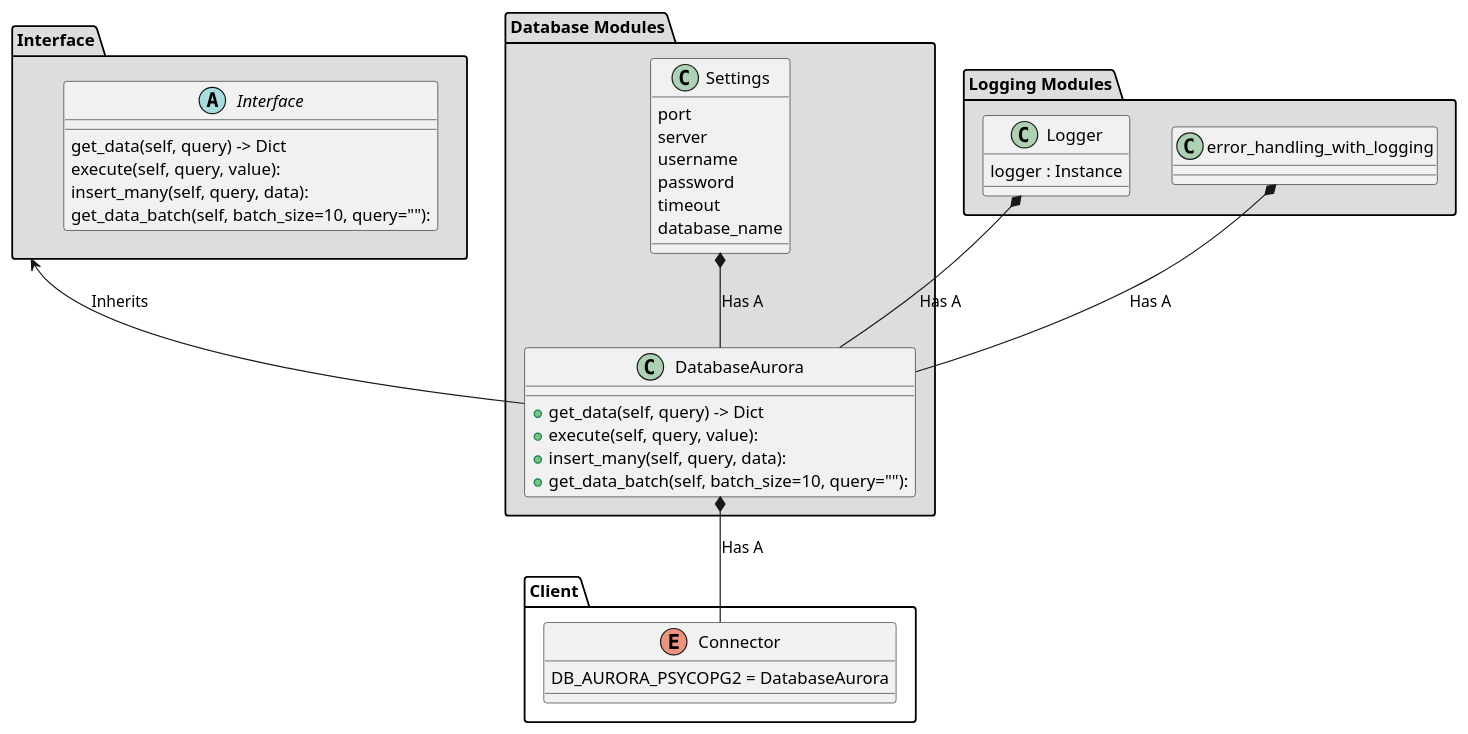
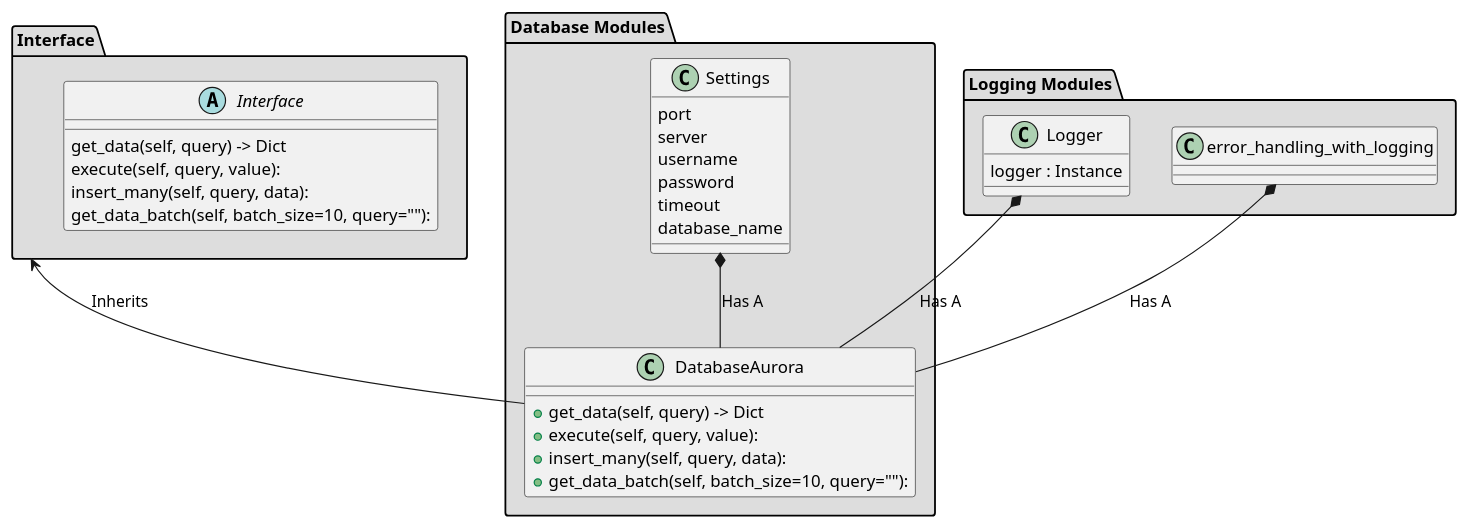
Before and after one commit to soumilshah1995/python-aurora-postgressql-: the diagram in uml.plantuml, drawn with PlantUML. The commit also changed 1 other file, not shown here.

Commit message:
remove connector class

```diff
--- a/uml.plantuml
+++ b/uml.plantuml
@@ -1,52 +1,44 @@
 @startuml
 
 package "Interface"  #DDDDDD {
     abstract Interface{
           get_data(self, query) -> Dict
           execute(self, query, value):
           insert_many(self, query, data):
           get_data_batch(self, batch_size=10, query=""):
     }
 }
 
 package "Logging Modules" #DDDDDD{
     class Logger{
         logger : Instance
     }
     class error_handling_with_logging {}
 }
 
 
 
 package "Database Modules"   #DDDDDD{
     class Settings{
             port
             server
             username
             password
             timeout
             database_name
     }
     class DatabaseAurora{
                  + get_data(self, query) -> Dict
                  + execute(self, query, value):
                  + insert_many(self, query, data):
                  + get_data_batch(self, batch_size=10, query=""):
 
     }
 }
 
-
-package "Client"{
-     enum Connector{
-        DB_AURORA_PSYCOPG2 = DatabaseAurora
-    }
-}
-
     Settings *-- DatabaseAurora : Has A
     error_handling_with_logging *--  DatabaseAurora: Has A
     Logger *-- DatabaseAurora : Has A
     Interface <-- DatabaseAurora  : Inherits
-    DatabaseAurora *-- Connector: Has A
 
 @enduml
```
